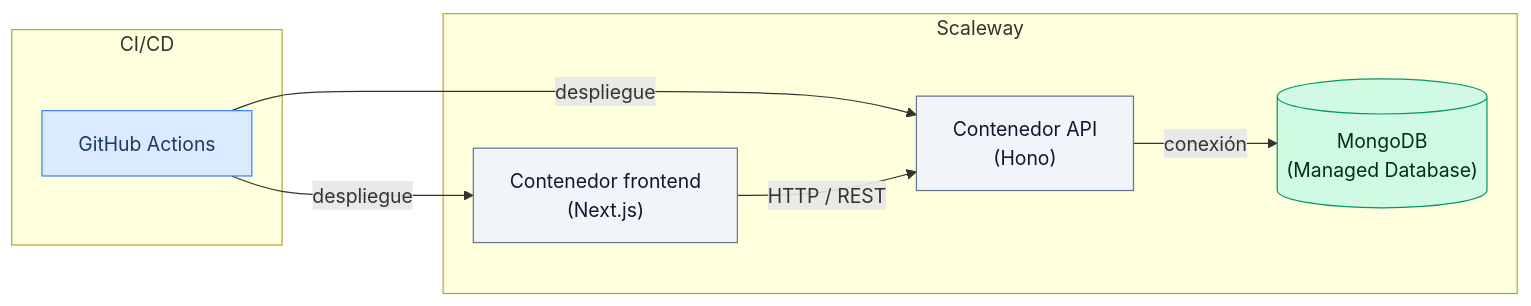
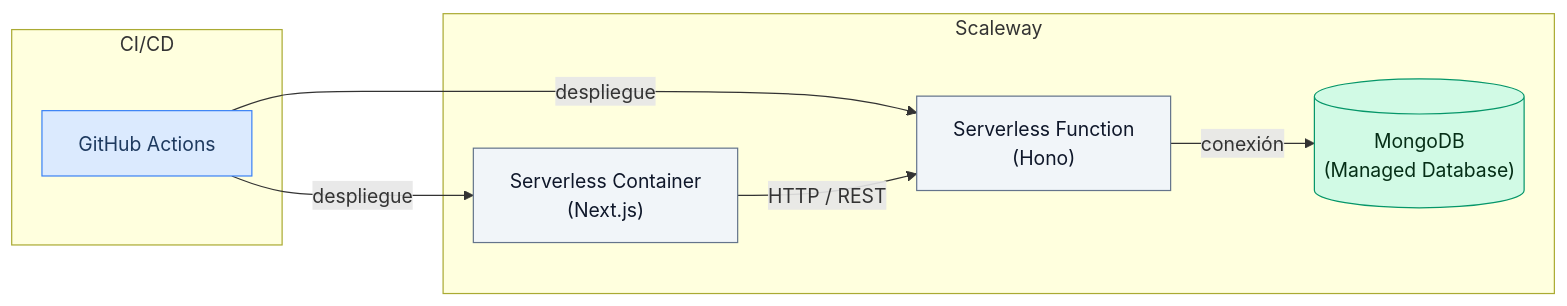
Before and after one commit to DanielRamosAcosta/viviendaencrisis: the diagram in docs/diagrams/architecture/infrastructure.mmd, drawn with Mermaid. The commit also changed 2 other files, not shown here.

Commit message:
fix(docs): reflect serverless architecture in infrastructure diagram

```diff
--- a/docs/diagrams/architecture/infrastructure.mmd
+++ b/docs/diagrams/architecture/infrastructure.mmd
@@ -1,23 +1,23 @@
 graph LR
     subgraph ci["CI/CD"]
         gha["GitHub Actions"]
     end
 
     subgraph scaleway["Scaleway"]
-        frontend["Contenedor frontend<br/>(Next.js)"]
-        api["Contenedor API<br/>(Hono)"]
+        frontend["Serverless Container<br/>(Next.js)"]
+        api["Serverless Function<br/>(Hono)"]
         mongo[("MongoDB<br/>(Managed Database)")]
     end
 
     gha -->|despliegue| frontend
     gha -->|despliegue| api
     frontend -->|HTTP / REST| api
     api -->|conexión| mongo
 
     classDef cicd fill:#dbeafe,stroke:#3b82f6,color:#1e3a5f
     classDef host fill:#f1f5f9,stroke:#64748b,color:#0f172a
     classDef database fill:#d1fae5,stroke:#059669,color:#052e16
 
     class gha cicd
     class frontend,api host
     class mongo database
```
